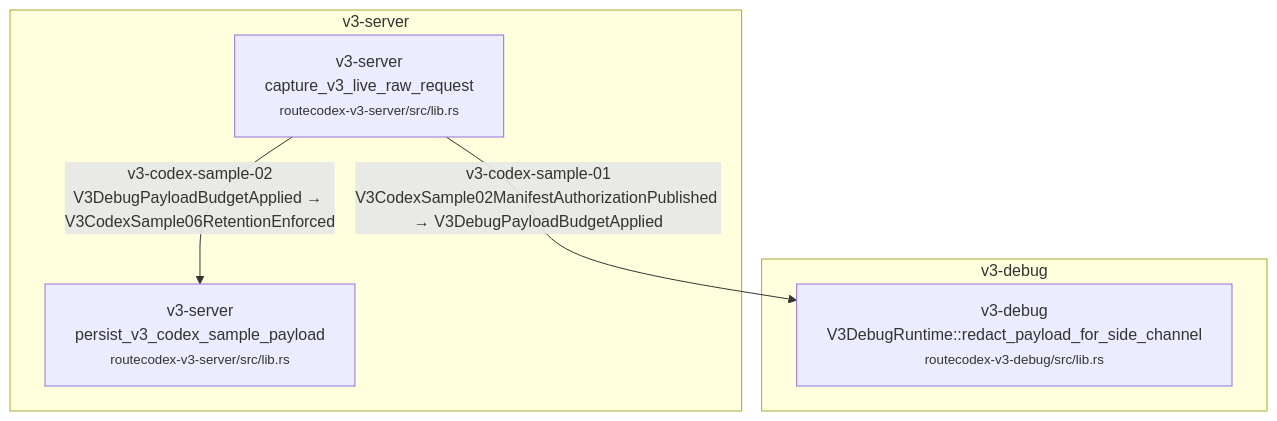
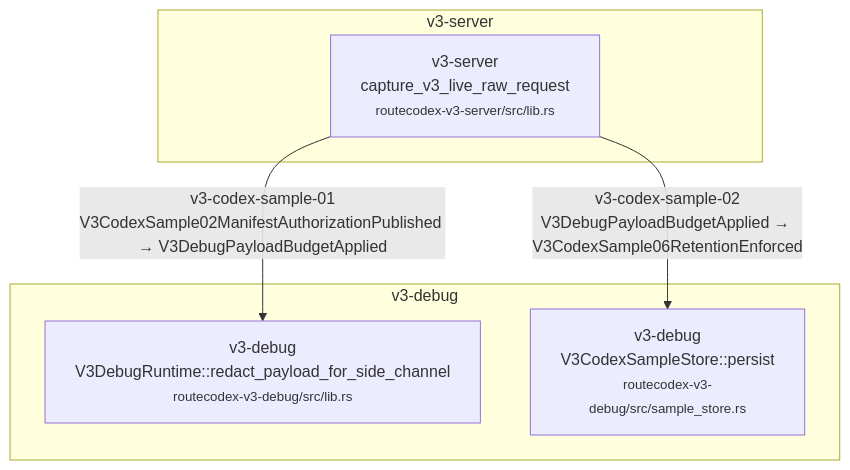
Before and after one commit to Jasonzhangf/routecodex: the fourth of 58 diagrams in docs/architecture/wiki/v3-mainline-caller-flow.md, drawn with Mermaid. The commit also changed other lines of this file and 31 other files, not shown here.

Commit message:
chore: commit all pending workspace changes (debug payload budget, sample persistence, verify scripts, config/tests updates)

````diff
--- a/docs/architecture/wiki/v3-mainline-caller-flow.md
+++ b/docs/architecture/wiki/v3-mainline-caller-flow.md
@@ -203,12 +203,12 @@
 ```mermaid
 flowchart TD
   subgraph c_2_v3_codex_sample_retention_snap_scope_m_v3_debug["v3-debug"]
     c_2_v3_codex_sample_retention_snap_scope_1["v3-debug<br/>V3DebugRuntime::redact_payload_for_side_channel<br/><small>routecodex-v3-debug/src/lib.rs</small>"]
+    c_2_v3_codex_sample_retention_snap_scope_2["v3-debug<br/>V3CodexSampleStore::persist<br/><small>routecodex-v3-debug/src/sample_store.rs</small>"]
   end
   subgraph c_2_v3_codex_sample_retention_snap_scope_m_v3_server["v3-server"]
     c_2_v3_codex_sample_retention_snap_scope_0["v3-server<br/>capture_v3_live_raw_request<br/><small>routecodex-v3-server/src/lib.rs</small>"]
-    c_2_v3_codex_sample_retention_snap_scope_2["v3-server<br/>persist_v3_codex_sample_payload<br/><small>routecodex-v3-server/src/lib.rs</small>"]
   end
   c_2_v3_codex_sample_retention_snap_scope_0 -->|v3-codex-sample-01<br/>V3CodexSample02ManifestAuthorizationPublished → V3DebugPayloadBudgetApplied| c_2_v3_codex_sample_retention_snap_scope_1
   c_2_v3_codex_sample_retention_snap_scope_0 -->|v3-codex-sample-02<br/>V3DebugPayloadBudgetApplied → V3CodexSample06RetentionEnforced| c_2_v3_codex_sample_retention_snap_scope_2
 ```
````
